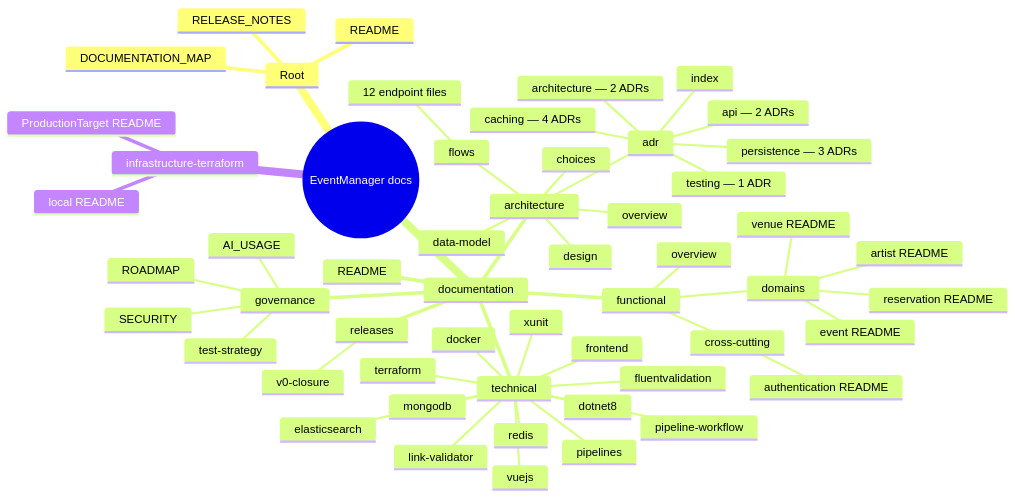
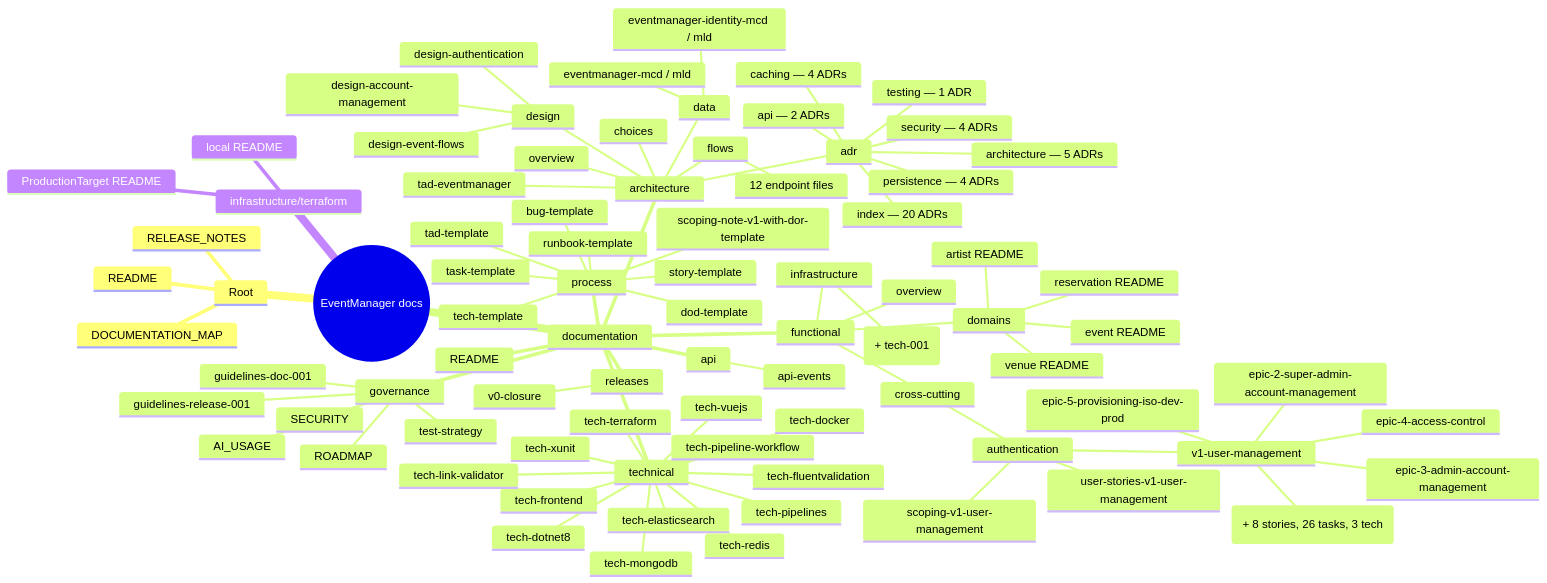
The diagram in DOCUMENTATION_MAP.md (LaurentCondoure/EventManager), drawn with Mermaid before and after one commit. The commit also changed other lines of this file and 1 other file, not shown here.

Commit message:
docs: update project-infrastructure-setup docs

````diff
--- a/DOCUMENTATION_MAP.md
+++ b/DOCUMENTATION_MAP.md
@@ -15,20 +15,29 @@
       DOCUMENTATION_MAP
     documentation
       README
+      api
+        api-events
       architecture
         overview
         choices
-        data-model
+        tad-eventmanager
+        data
+          eventmanager-mcd / mld
+          eventmanager-identity-mcd / mld
         design
+          design-event-flows
+          design-authentication
+          design-account-management
         flows
           12 endpoint files
         adr
-          index
-          architecture — 2 ADRs
-          persistence — 3 ADRs
+          index — 20 ADRs
+          architecture — 5 ADRs
+          persistence — 4 ADRs
           caching — 4 ADRs
           api — 2 ADRs
           testing — 1 ADR
+          security — 4 ADRs
       functional
         overview
         domains
@@ -36,30 +45,51 @@
           reservation README
           artist README
           venue README
+        infrastructure
+          story-001-project-infrastructure-setup (+ tech-001)
         cross-cutting
-          authentication README
+          authentication
+            scoping-v1-user-management
+            user-stories-v1-user-management
+            v1-user-management
+              epic-1-authentication (+ 8 stories, 26 tasks, 3 tech)
+              epic-2-super-admin-account-management
+              epic-3-admin-account-management
+              epic-4-access-control
+              epic-5-provisioning-iso-dev-prod
       governance
         AI_USAGE
         ROADMAP
         SECURITY
         test-strategy
+        guidelines-doc-001
+        guidelines-release-001
+      process
+        bug-template
+        dod-template
+        runbook-template
+        scoping-note-v1-with-dor-template
+        story-template
+        tad-template
+        task-template
+        tech-template
       releases
         v0-closure
       technical
-        docker
-        dotnet8
-        elasticsearch
-        fluentvalidation
-        frontend
-        link-validator
-        mongodb
-        pipelines
-        pipeline-workflow
-        redis
-        terraform
-        vuejs
-        xunit
-    infrastructure-terraform
+        tech-docker
+        tech-dotnet8
+        tech-elasticsearch
+        tech-fluentvalidation
+        tech-frontend
+        tech-link-validator
+        tech-mongodb
+        tech-pipelines
+        tech-pipeline-workflow
+        tech-redis
+        tech-terraform
+        tech-vuejs
+        tech-xunit
+    infrastructure/terraform
       local README
       ProductionTarget README
 ```
````
